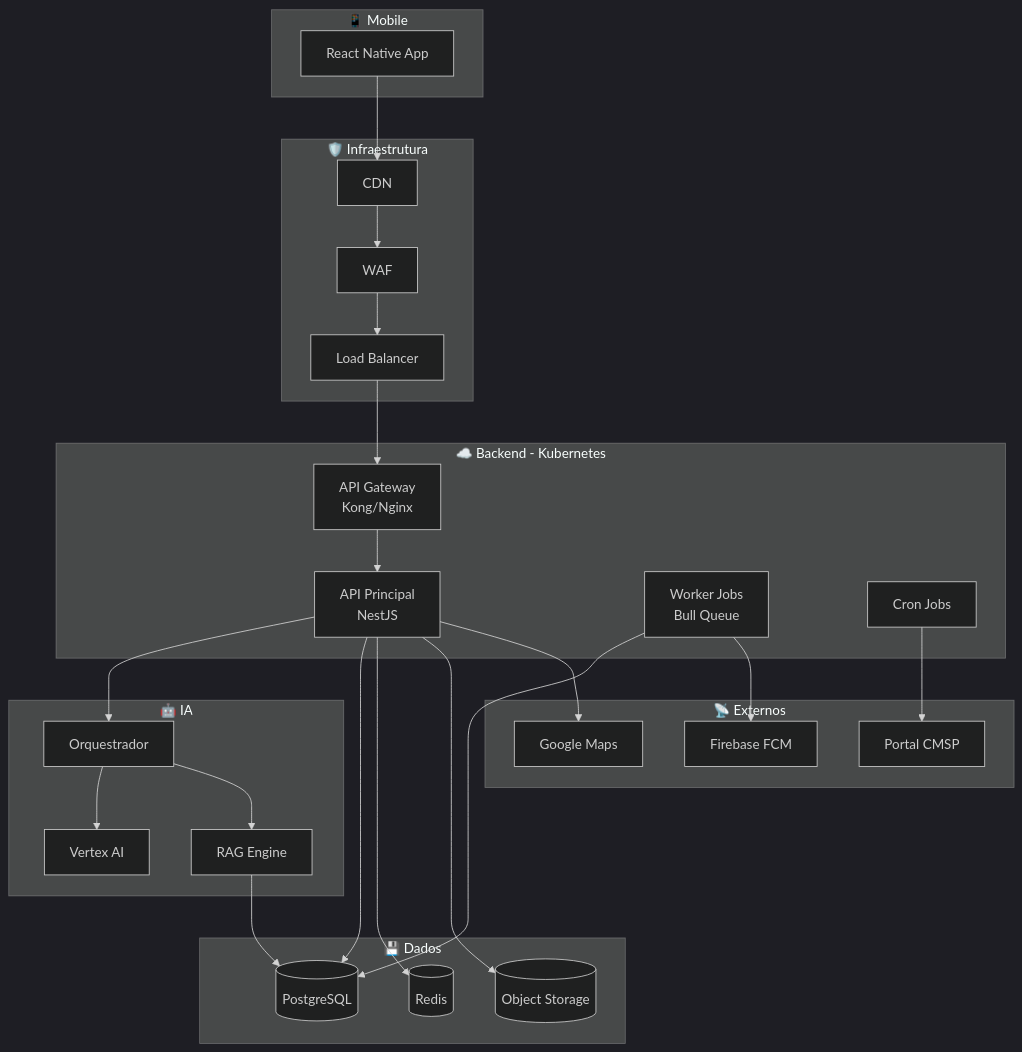
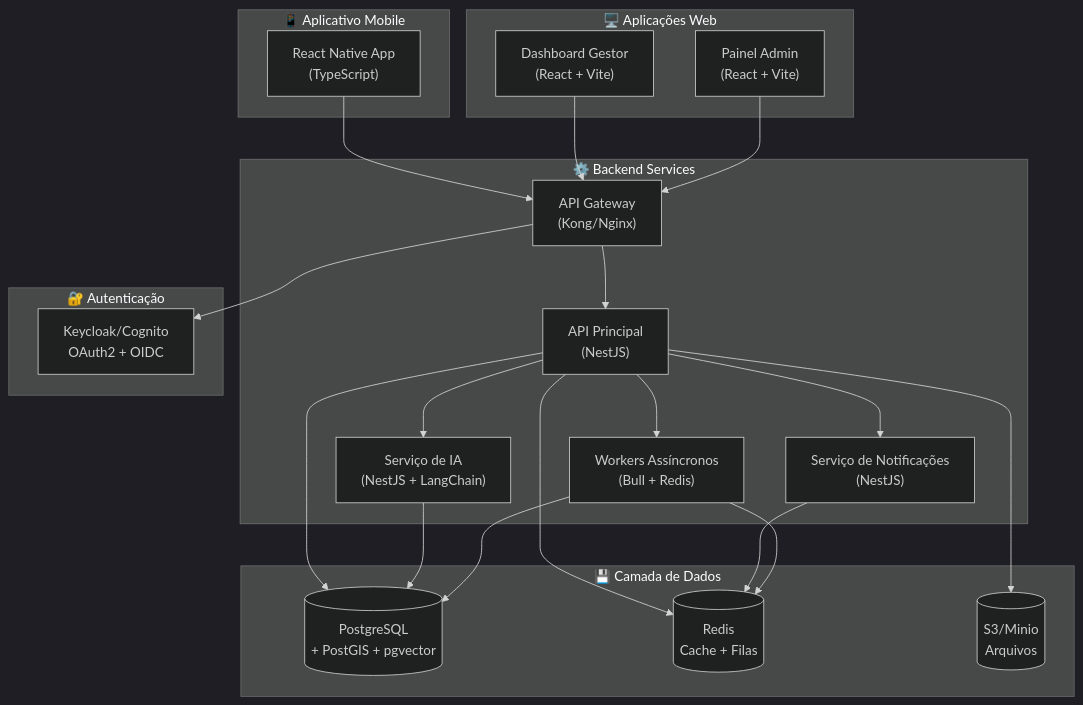
The fifth of 33 diagrams in docs/ESCOPO_E_ARQUITETURA_CAMARA_NA_MAO.md (MTechnologia/camana-na-mao), drawn with Mermaid (dark theme) before and after one commit. The commit also changed other lines of this file, not shown here.

````diff
--- a/docs/ESCOPO_E_ARQUITETURA_CAMARA_NA_MAO.md
+++ b/docs/ESCOPO_E_ARQUITETURA_CAMARA_NA_MAO.md
@@ -250,54 +368,48 @@
 ```mermaid
 flowchart TB
-    subgraph Mobile["📱 Mobile"]
-        RN["React Native App"]
+    subgraph Mobile["📱 Aplicativo Mobile"]
+        RNApp["React Native App<br/>(TypeScript)"]
     end
-
-    subgraph Backend["☁️ Backend - Kubernetes"]
-        GW["API Gateway<br/>Kong/Nginx"]
-        API["API Principal<br/>NestJS"]
-        Worker["Worker Jobs<br/>Bull Queue"]
-        Cron["Cron Jobs"]
+    
+    subgraph WebApps["🖥️ Aplicações Web"]
+        Dashboard["Dashboard Gestor<br/>(React + Vite)"]
+        AdminPanel["Painel Admin<br/>(React + Vite)"]
     end
-
-    subgraph IALayer["🤖 IA"]
-        Orch["Orquestrador"]
-        Vertex["Vertex AI"]
-        RAG["RAG Engine"]
+    
+    subgraph Backend["⚙️ Backend Services"]
+        APIGateway["API Gateway<br/>(Kong/Nginx)"]
+        MainAPI["API Principal<br/>(NestJS)"]
+        AIService["Serviço de IA<br/>(NestJS + LangChain)"]
+        NotifService["Serviço de Notificações<br/>(NestJS)"]
+        WorkerService["Workers Assíncronos<br/>(Bull + Redis)"]
     end
-
-    subgraph DataLayer["💾 Dados"]
-        PG[("PostgreSQL")]
-        Redis[("Redis")]
-        S3[("Object Storage")]
+    
+    subgraph DataLayer["💾 Camada de Dados"]
+        PostgreSQL[("PostgreSQL<br/>+ PostGIS + pgvector")]
+        Redis[("Redis<br/>Cache + Filas")]
+        S3[("S3/Minio<br/>Arquivos")]
     end
-
-    subgraph Infra["🛡️ Infraestrutura"]
-        CDN["CDN"]
-        WAF["WAF"]
-        LB["Load Balancer"]
+    
+    subgraph Auth["🔐 Autenticação"]
+        Keycloak["Keycloak/Cognito<br/>OAuth2 + OIDC"]
     end
-
-    subgraph External["📡 Externos"]
-        FCM["Firebase FCM"]
-        GMaps["Google Maps"]
-        CMSP["Portal CMSP"]
-    end
-
-    RN --> CDN
-    CDN --> WAF
-    WAF --> LB
-    LB --> GW
-    GW --> API
-    API --> Orch
-    Orch --> Vertex
-    Orch --> RAG
-    RAG --> PG
-    API --> PG
-    API --> Redis
-    API --> S3
-    Worker --> PG
-    Worker --> FCM
-    Cron --> CMSP
-    API --> GMaps
+    
+    RNApp --> APIGateway
+    Dashboard --> APIGateway
+    AdminPanel --> APIGateway
+    
+    APIGateway --> MainAPI
+    APIGateway --> Keycloak
+    
+    MainAPI --> AIService
+    MainAPI --> NotifService
+    MainAPI --> WorkerService
+    MainAPI --> PostgreSQL
+    MainAPI --> Redis
+    MainAPI --> S3
+    
+    AIService --> PostgreSQL
+    NotifService --> Redis
+    WorkerService --> PostgreSQL
+    WorkerService --> Redis
 ```
````
